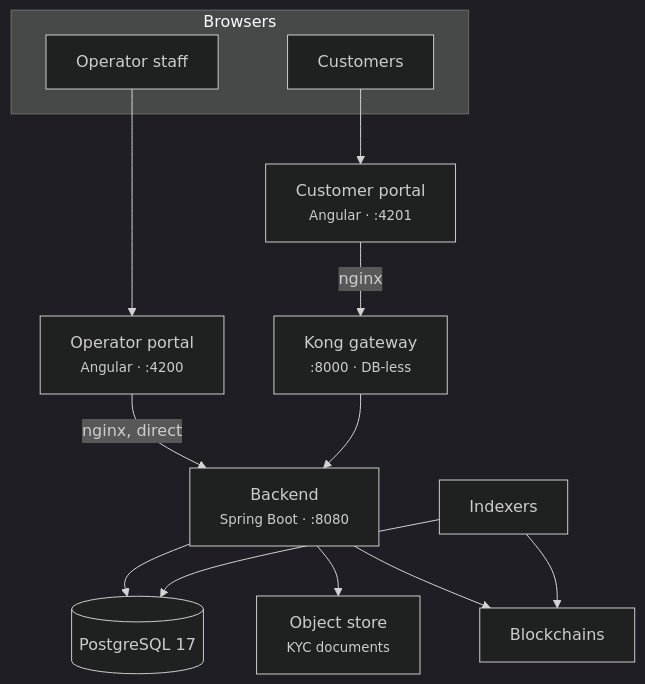
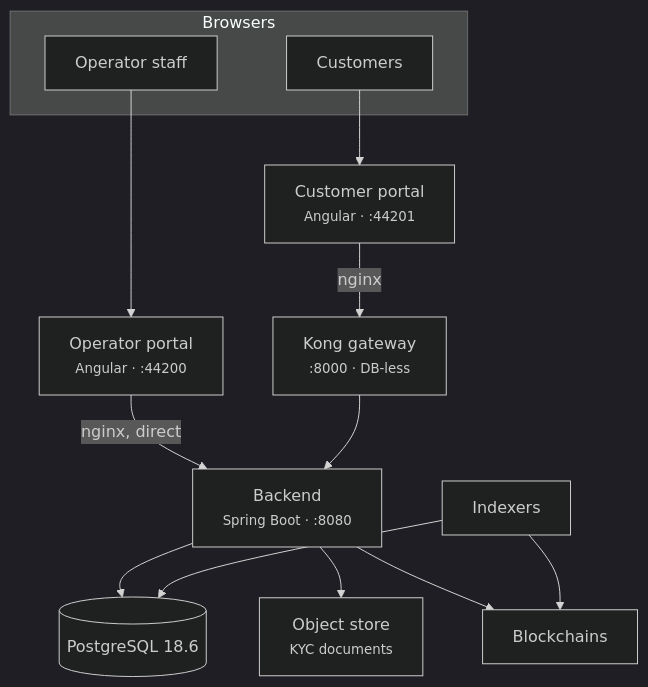
One commit to makibytes/registerwerk changed the first of 2 diagrams in docs/operator/architecture.de.md. Above: the diagram before and after it, drawn with Mermaid (dark theme). The commit also changed 147 other files, not shown here.

````diff
--- a/docs/operator/architecture.de.md
+++ b/docs/operator/architecture.de.md
@@ -16,26 +16,26 @@
 ```mermaid
 graph TB
     subgraph browsers["Browsers"]
         OB["Operator staff"]
         CB["Customers"]
     end
 
-    OP["Operator portal<br/><small>Angular · :4200</small>"]
-    CU["Customer portal<br/><small>Angular · :4201</small>"]
+    OP["Operator portal<br/><small>Angular · :44200</small>"]
+    CU["Customer portal<br/><small>Angular · :44201</small>"]
     KONG["Kong gateway<br/><small>:8000 · DB-less</small>"]
     BE["Backend<br/><small>Spring Boot · :8080</small>"]
-    PG[("PostgreSQL 17")]
+    PG[("PostgreSQL 18.6")]
     S3["Object store<br/><small>KYC documents</small>"]
     IX["Indexers"]
     CH["Blockchains"]
 
     OB --> OP
     CB --> CU
     OP -->|"nginx, direct"| BE
     CU -->|"nginx"| KONG --> BE
     BE --> PG
     BE --> S3
     BE --> CH
     IX --> CH
     IX --> PG
 ```
````
